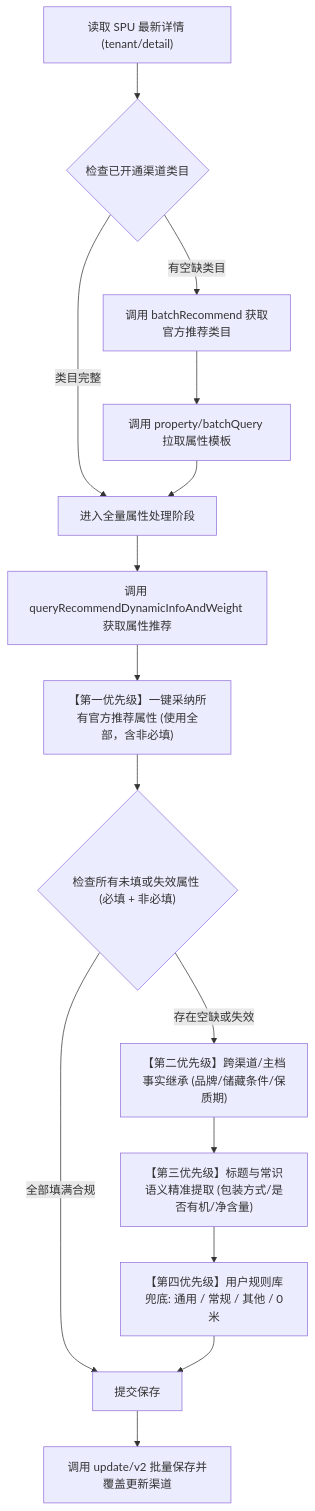
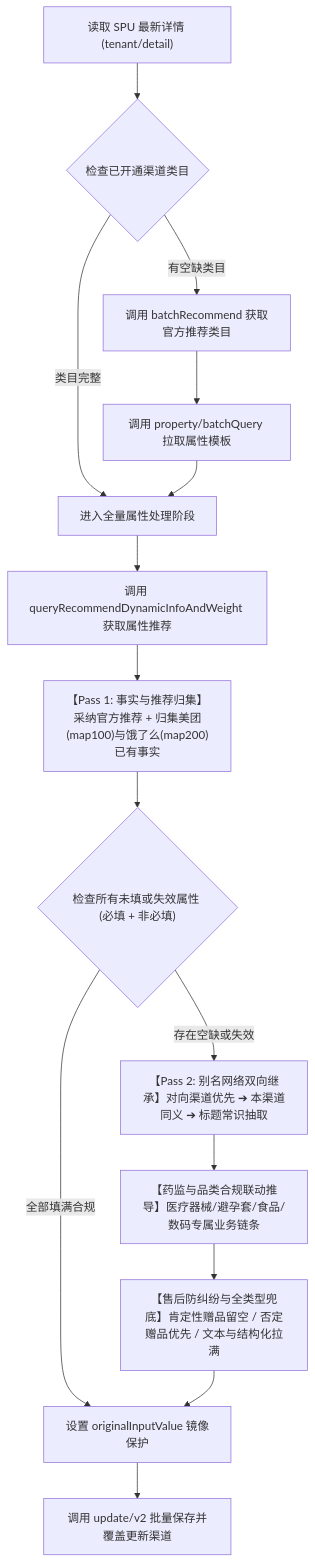
One commit to cycjianai/shangpin-yunying changed the diagram in references/channel-attribute-contract-v2.md. Above: the diagram before and after it, drawn with Mermaid. The commit also changed other lines of this file and 4 other files, not shown here.

````diff
--- a/references/channel-attribute-contract-v2.md
+++ b/references/channel-attribute-contract-v2.md
@@ -49,17 +147,17 @@
 ```mermaid
 flowchart TD
     A["读取 SPU 最新详情 (tenant/detail)"] --> B{"检查已开通渠道类目"}
     B -- 有空缺类目 --> C["调用 batchRecommend 获取官方推荐类目"]
     C --> D["调用 property/batchQuery 拉取属性模板"]
     B -- 类目完整 --> E["进入全量属性处理阶段"]
     D --> E
     E --> F["调用 queryRecommendDynamicInfoAndWeight 获取属性推荐"]
-    F --> G["【第一优先级】一键采纳所有官方推荐属性 (使用全部，含非必填)"]
+    F --> G["【Pass 1: 事实与推荐归集】采纳官方推荐 + 归集美团(map100)与饿了么(map200)已有事实"]
     G --> H{"检查所有未填或失效属性 (必填 + 非必填)"}
-    H -- 存在空缺或失效 --> I["【第二优先级】跨渠道/主档事实继承 (品牌/储藏条件/保质期)"]
-    I --> J["【第三优先级】标题与常识语义精准提取 (包装方式/是否有机/净含量)"]
-    J --> K["【第四优先级】用户规则库兜底: 通用 / 常规 / 其他 / 0米"]
-    H -- 全部填满合规 --> L["提交保存"]
+    H -- 存在空缺或失效 --> I["【Pass 2: 别名网络双向继承】对向渠道优先 ➔ 本渠道同义 ➔ 标题常识抽取"]
+    I --> J["【药监与品类合规联动推导】医疗器械/避孕套/食品/数码专属业务链条"]
+    J --> K["【售后防纠纷与全类型兜底】肯定性赠品留空 / 否定赠品优先 / 文本与结构化拉满"]
+    H -- 全部填满合规 --> L["设置 originalInputValue 镜像保护"]
     K --> L
     L --> M["调用 update/v2 批量保存并覆盖更新渠道"]
 ```
````
